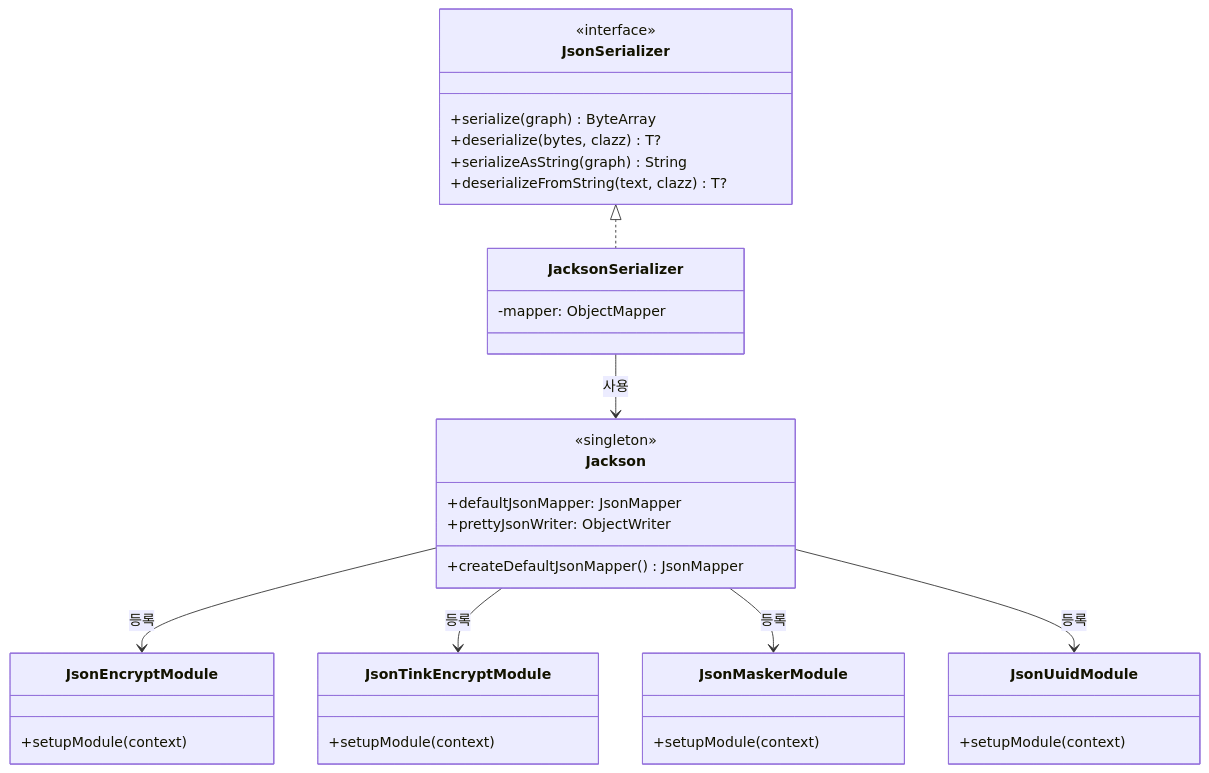
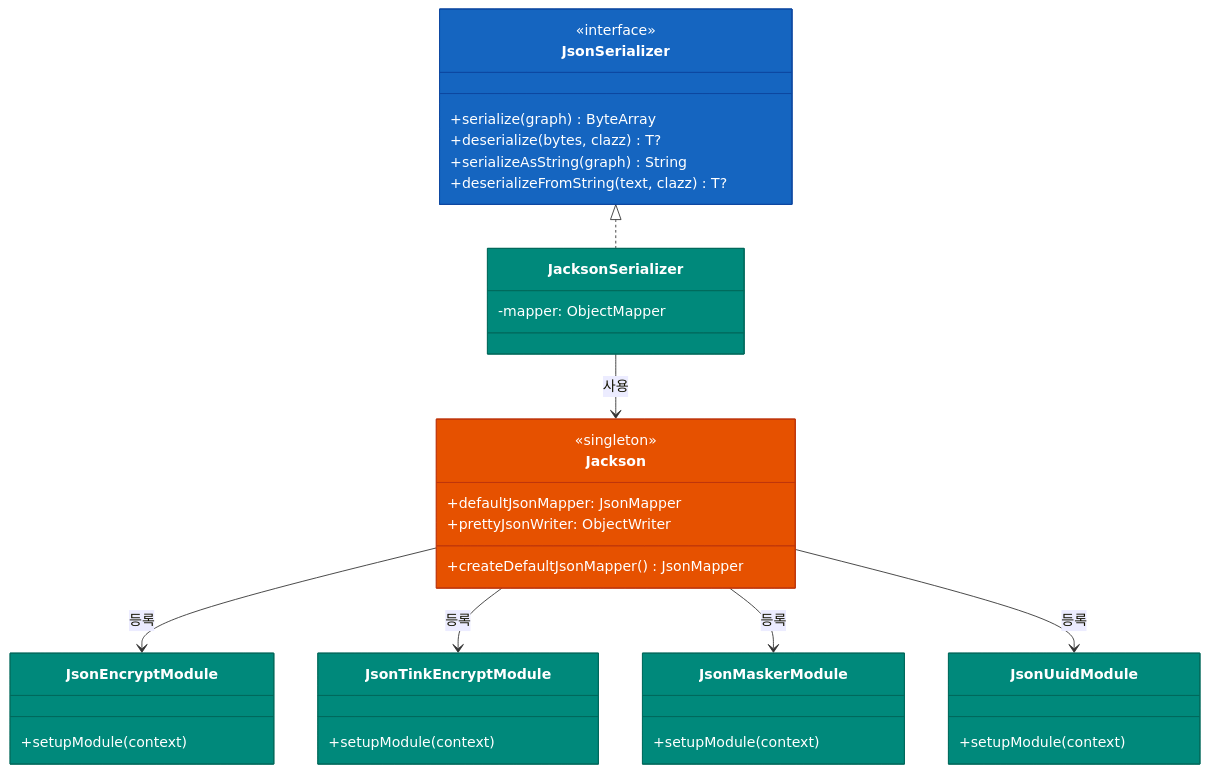
One commit to bluetape4k/bluetape4k-projects changed the second of 3 diagrams in io/jackson3/README.ko.md. Above: the diagram before and after it, drawn with Mermaid. The commit also changed other lines of this file and 221 other files, not shown here.

First line of the commit message:
docs: 전체 모듈 README UML 다이어그램 보강 및 색상 업그레이드

````diff
--- a/io/jackson3/README.ko.md
+++ b/io/jackson3/README.ko.md
@@ -317,45 +321,52 @@
 ```mermaid
 classDiagram
     class JsonSerializer {
         <<interface>>
         +serialize(graph) ByteArray
         +deserialize(bytes, clazz) T?
         +serializeAsString(graph) String
         +deserializeFromString(text, clazz) T?
     }
 
     class JacksonSerializer {
         -mapper: ObjectMapper
     }
 
     class Jackson {
         <<singleton>>
         +defaultJsonMapper: JsonMapper
         +prettyJsonWriter: ObjectWriter
         +createDefaultJsonMapper() JsonMapper
     }
 
     class JsonEncryptModule {
         +setupModule(context)
     }
 
     class JsonTinkEncryptModule {
         +setupModule(context)
     }
 
     class JsonMaskerModule {
         +setupModule(context)
     }
 
     class JsonUuidModule {
         +setupModule(context)
     }
 
     JsonSerializer <|.. JacksonSerializer
     JacksonSerializer --> Jackson : 사용
     Jackson --> JsonEncryptModule : 등록
     Jackson --> JsonTinkEncryptModule : 등록
     Jackson --> JsonMaskerModule : 등록
     Jackson --> JsonUuidModule : 등록
 
+    style JsonSerializer fill:#1565C0,stroke:#0D47A1,color:#FFFFFF
+    style JacksonSerializer fill:#00897B,stroke:#00695C,color:#FFFFFF
+    style Jackson fill:#E65100,stroke:#BF360C,color:#FFFFFF
+    style JsonEncryptModule fill:#00897B,stroke:#00695C,color:#FFFFFF
+    style JsonTinkEncryptModule fill:#00897B,stroke:#00695C,color:#FFFFFF
+    style JsonMaskerModule fill:#00897B,stroke:#00695C,color:#FFFFFF
+    style JsonUuidModule fill:#00897B,stroke:#00695C,color:#FFFFFF
 ```
````
